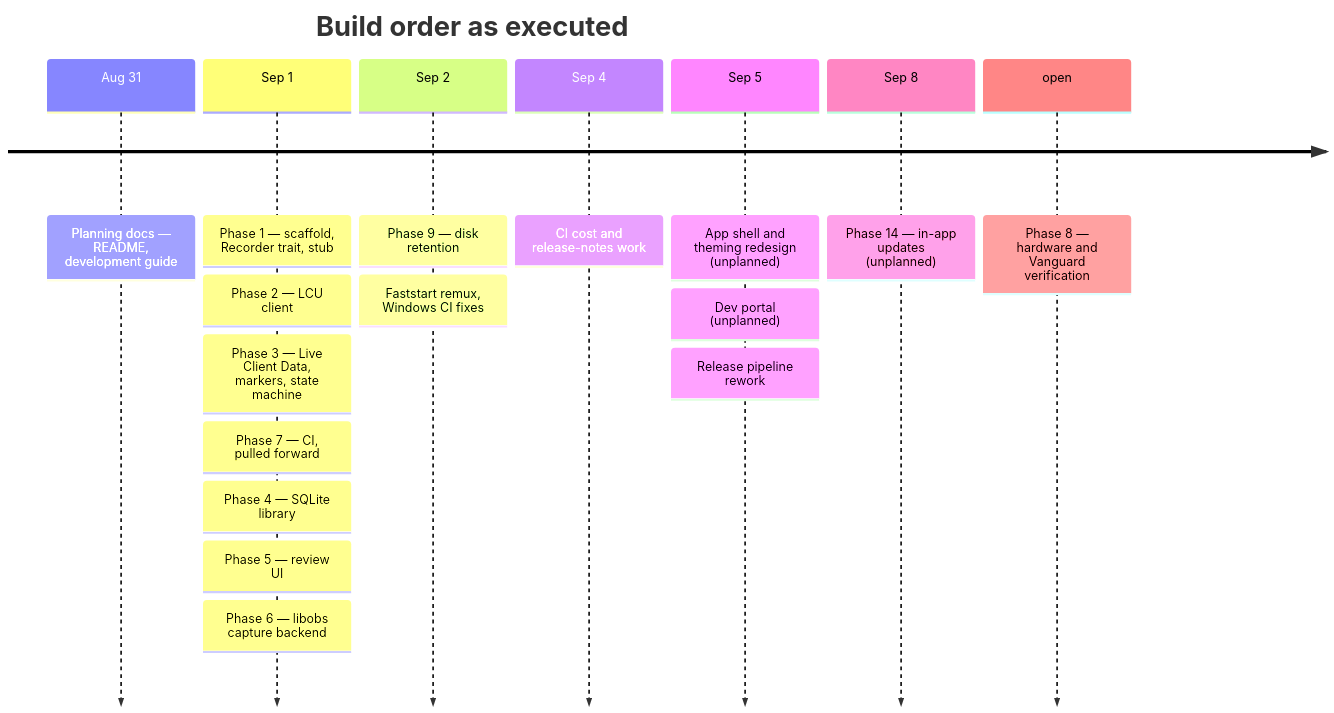
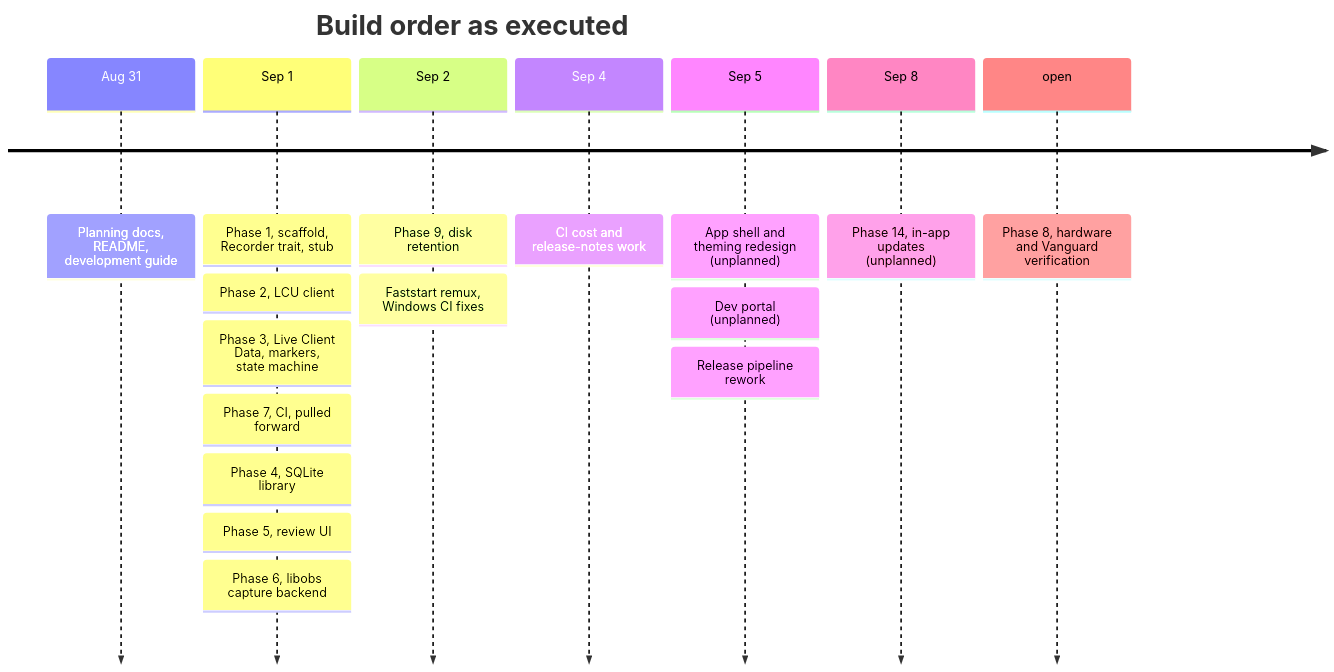
The third of 3 diagrams in docs/product-design.md (NinjaGoldfinch/ninja-recorder), drawn with Mermaid before and after one commit. The commit also changed other lines of this file and 19 other files, not shown here.

````diff
--- a/docs/product-design.md
+++ b/docs/product-design.md
@@ -186,20 +186,20 @@
 ```mermaid
 timeline
     title Build order as executed
-    Aug 31 : Planning docs — README, development guide
-    Sep 1  : Phase 1 — scaffold, Recorder trait, stub
-           : Phase 2 — LCU client
-           : Phase 3 — Live Client Data, markers, state machine
-           : Phase 7 — CI, pulled forward
-           : Phase 4 — SQLite library
-           : Phase 5 — review UI
-           : Phase 6 — libobs capture backend
-    Sep 2  : Phase 9 — disk retention
+    Aug 31 : Planning docs, README, development guide
+    Sep 1  : Phase 1, scaffold, Recorder trait, stub
+           : Phase 2, LCU client
+           : Phase 3, Live Client Data, markers, state machine
+           : Phase 7, CI, pulled forward
+           : Phase 4, SQLite library
+           : Phase 5, review UI
+           : Phase 6, libobs capture backend
+    Sep 2  : Phase 9, disk retention
            : Faststart remux, Windows CI fixes
     Sep 4  : CI cost and release-notes work
     Sep 5  : App shell and theming redesign (unplanned)
            : Dev portal (unplanned)
            : Release pipeline rework
-    Sep 8  : Phase 14 — in-app updates (unplanned)
-    open   : Phase 8 — hardware and Vanguard verification
+    Sep 8  : Phase 14, in-app updates (unplanned)
+    open   : Phase 8, hardware and Vanguard verification
 ```
````
